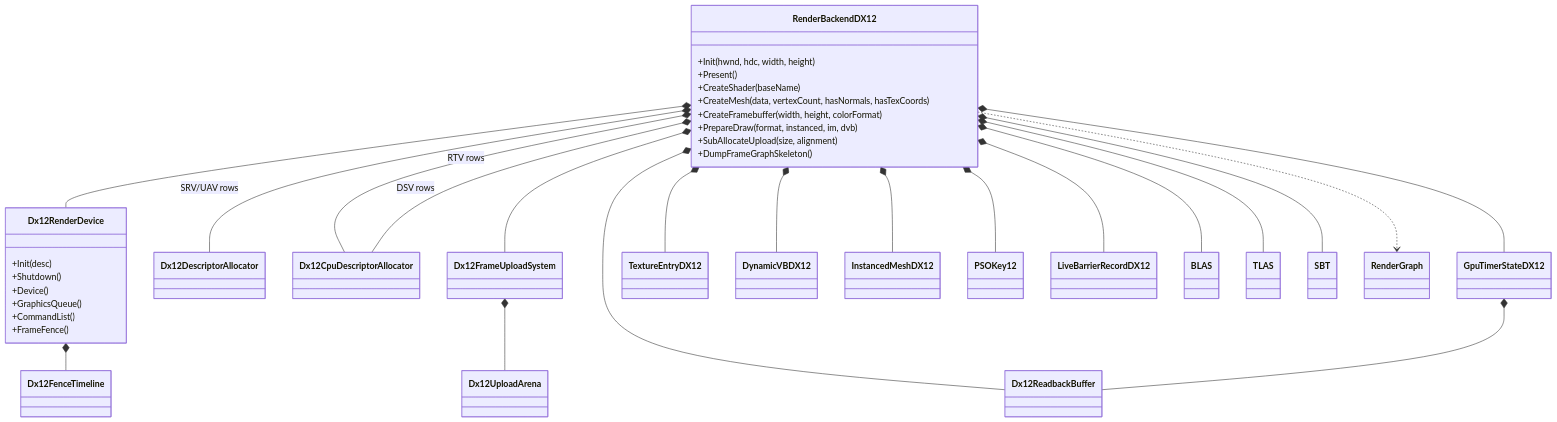
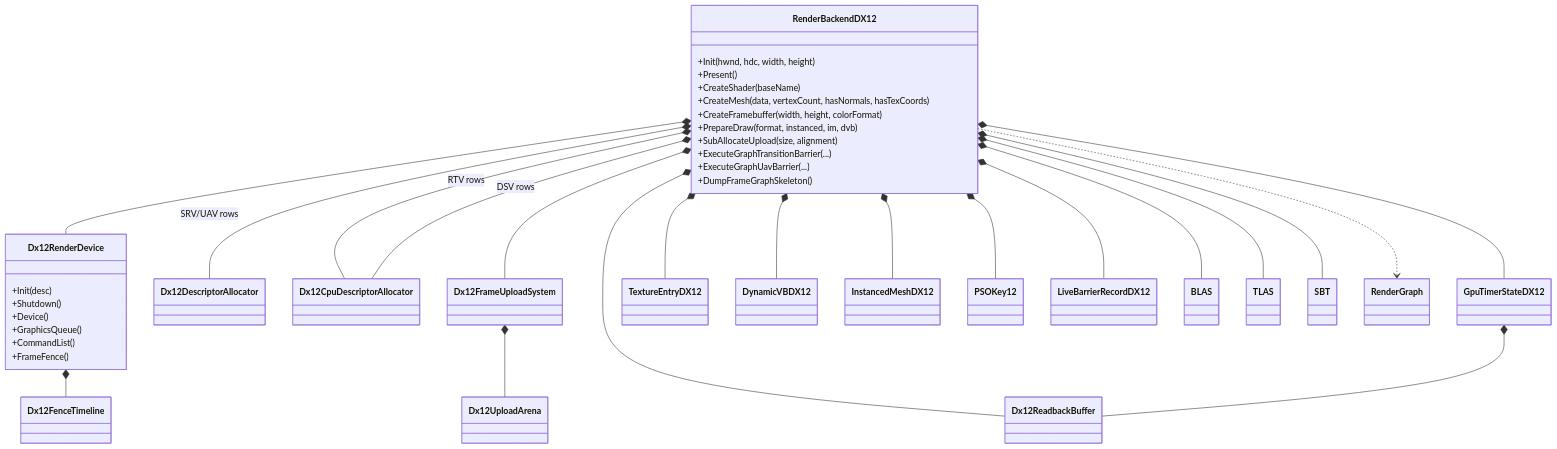
One commit to skullbonez/SkullbonezCore changed the fourth of 9 diagrams in Agentic/Reference/skullbonez-core-class-structure.md. Above: the diagram before and after it, drawn with Mermaid. The commit also changed other lines of this file and 19 other files, not shown here.

````diff
--- a/Agentic/Reference/skullbonez-core-class-structure.md
+++ b/Agentic/Reference/skullbonez-core-class-structure.md
@@ -310,62 +310,64 @@
 ```mermaid
 classDiagram
 direction TB
 
 class RenderBackendDX12 {
   +Init(hwnd, hdc, width, height)
   +Present()
   +CreateShader(baseName)
   +CreateMesh(data, vertexCount, hasNormals, hasTexCoords)
   +CreateFramebuffer(width, height, colorFormat)
   +PrepareDraw(format, instanced, im, dvb)
   +SubAllocateUpload(size, alignment)
+  +ExecuteGraphTransitionBarrier(...)
+  +ExecuteGraphUavBarrier(...)
   +DumpFrameGraphSkeleton()
 }
 
 class Dx12RenderDevice {
   +Init(desc)
   +Shutdown()
   +Device()
   +GraphicsQueue()
   +CommandList()
   +FrameFence()
 }
 
 class Dx12FenceTimeline
 class Dx12DescriptorAllocator
 class Dx12CpuDescriptorAllocator
 class Dx12FrameUploadSystem
 class Dx12UploadArena
 class Dx12ReadbackBuffer
 class GpuTimerStateDX12
 class TextureEntryDX12
 class DynamicVBDX12
 class InstancedMeshDX12
 class PSOKey12
 class LiveBarrierRecordDX12
 class BLAS
 class TLAS
 class SBT
 class RenderGraph
 
 RenderBackendDX12 *-- Dx12RenderDevice
 RenderBackendDX12 *-- Dx12DescriptorAllocator : SRV/UAV rows
 RenderBackendDX12 *-- Dx12CpuDescriptorAllocator : RTV rows
 RenderBackendDX12 *-- Dx12CpuDescriptorAllocator : DSV rows
 RenderBackendDX12 *-- Dx12FrameUploadSystem
 RenderBackendDX12 *-- Dx12ReadbackBuffer
 RenderBackendDX12 *-- GpuTimerStateDX12
 RenderBackendDX12 *-- TextureEntryDX12
 RenderBackendDX12 *-- DynamicVBDX12
 RenderBackendDX12 *-- InstancedMeshDX12
 RenderBackendDX12 *-- PSOKey12
 RenderBackendDX12 *-- LiveBarrierRecordDX12
 RenderBackendDX12 *-- BLAS
 RenderBackendDX12 *-- TLAS
 RenderBackendDX12 *-- SBT
 RenderBackendDX12 ..> RenderGraph
 
 Dx12RenderDevice *-- Dx12FenceTimeline
 Dx12FrameUploadSystem *-- Dx12UploadArena
 GpuTimerStateDX12 *-- Dx12ReadbackBuffer
 ```
````
